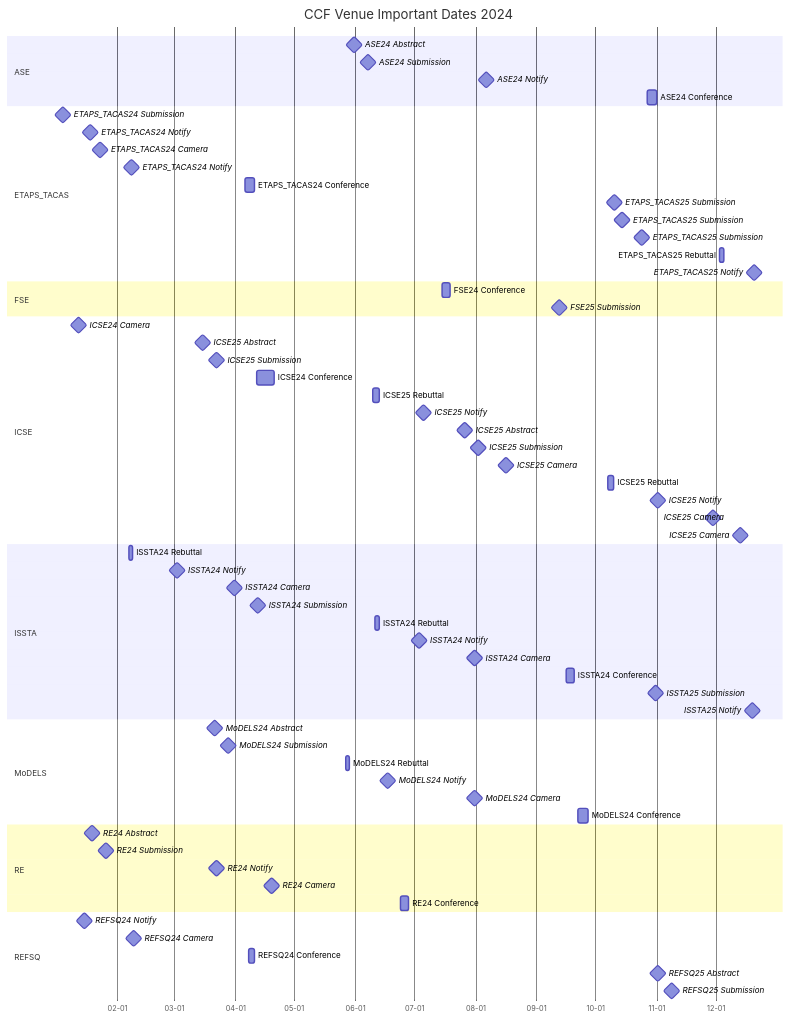
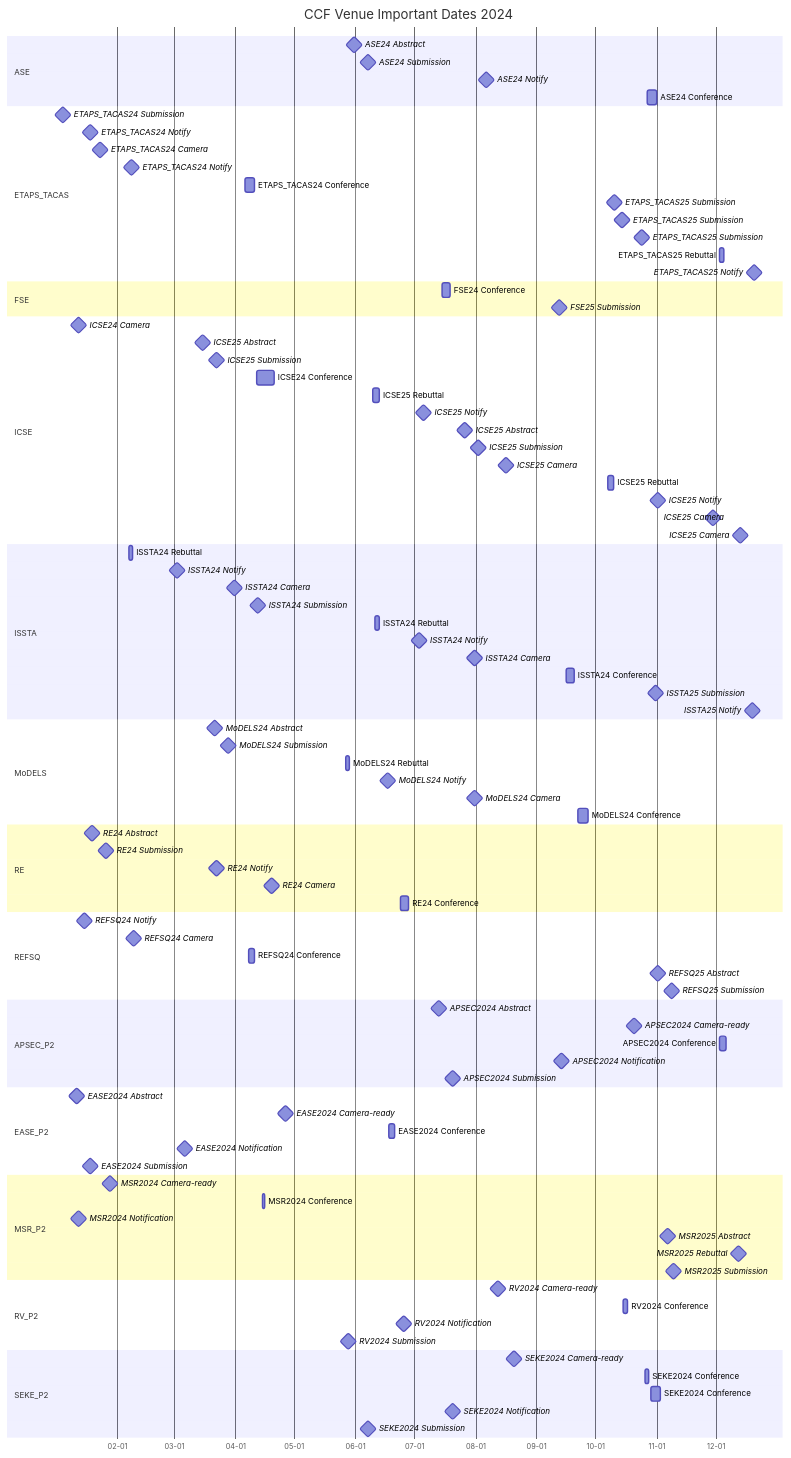
One commit to HansBug/research_ideas changed the fifth of 9 diagrams in ccf_venues/TIMELINE.md. Above: the diagram before and after it, drawn with Mermaid. The commit also changed other lines of this file and 44 other files, not shown here.

````diff
--- a/ccf_venues/TIMELINE.md
+++ b/ccf_venues/TIMELINE.md
@@ -668,4 +810,39 @@
   REFSQ25 Abstract :milestone, refsq_2024_4_20241101, 2024-11-01, 1d
   REFSQ25 Submission :milestone, refsq_2024_5_20241108, 2024-11-08, 1d
 
+  section APSEC_P2
+  APSEC2024 Abstract :milestone, pr9_conf_c_apsec_2024_abstract_20240713, 2024-07-13, 1d
+  APSEC2024 Camera-ready :milestone, pr9_conf_c_apsec_2024_camera_ready_20241020, 2024-10-20, 1d
+  APSEC2024 Conference :pr9_conf_c_apsec_2024_conference_20241203, 2024-12-03, 2024-12-06
+  APSEC2024 Notification :milestone, pr9_conf_c_apsec_2024_notification_20240913, 2024-09-13, 1d
+  APSEC2024 Submission :milestone, pr9_conf_c_apsec_2024_submission_20240720, 2024-07-20, 1d
+
+  section EASE_P2
+  EASE2024 Abstract :milestone, pr9_conf_c_ease_2024_abstract_20240111, 2024-01-11, 1d
+  EASE2024 Camera-ready :milestone, pr9_conf_c_ease_2024_camera_ready_20240426, 2024-04-26, 1d
+  EASE2024 Conference :pr9_conf_c_ease_2024_conference_20240618, 2024-06-18, 2024-06-21
+  EASE2024 Notification :milestone, pr9_conf_c_ease_2024_notification_20240306, 2024-03-06, 1d
+  EASE2024 Submission :milestone, pr9_conf_c_ease_2024_submission_20240118, 2024-01-18, 1d
+
+  section MSR_P2
+  MSR2024 Camera-ready :milestone, pr9_conf_c_msr_2024_camera_ready_20240128, 2024-01-28, 1d
+  MSR2024 Conference :pr9_conf_c_msr_2024_conference_20240415, 2024-04-15, 2024-04-16
+  MSR2024 Notification :milestone, pr9_conf_c_msr_2024_notification_20240112, 2024-01-12, 1d
+  MSR2025 Abstract :milestone, pr9_conf_c_msr_2025_abstract_20241106, 2024-11-06, 1d
+  MSR2025 Rebuttal :milestone, pr9_conf_c_msr_2025_rebuttal_20241212, 2024-12-12, 1d
+  MSR2025 Submission :milestone, pr9_conf_c_msr_2025_submission_20241109, 2024-11-09, 1d
+
+  section RV_P2
+  RV2024 Camera-ready :milestone, pr9_conf_c_rv_2024_camera_ready_20240812, 2024-08-12, 1d
+  RV2024 Conference :pr9_conf_c_rv_2024_conference_20241015, 2024-10-15, 2024-10-17
+  RV2024 Notification :milestone, pr9_conf_c_rv_2024_notification_20240625, 2024-06-25, 1d
+  RV2024 Submission :milestone, pr9_conf_c_rv_2024_submission_20240528, 2024-05-28, 1d
+
+  section SEKE_P2
+  SEKE2024 Camera-ready :milestone, pr9_conf_c_seke_2024_camera_ready_20240820, 2024-08-20, 1d
+  SEKE2024 Conference :pr9_conf_c_seke_2024_conference_20241026, 2024-10-26, 2024-10-28
+  SEKE2024 Conference :pr9_conf_c_seke_2024_conference_20241029, 2024-10-29, 2024-11-03
+  SEKE2024 Notification :milestone, pr9_conf_c_seke_2024_notification_20240720, 2024-07-20, 1d
+  SEKE2024 Submission :milestone, pr9_conf_c_seke_2024_submission_20240607, 2024-06-07, 1d
+
 ```
````
